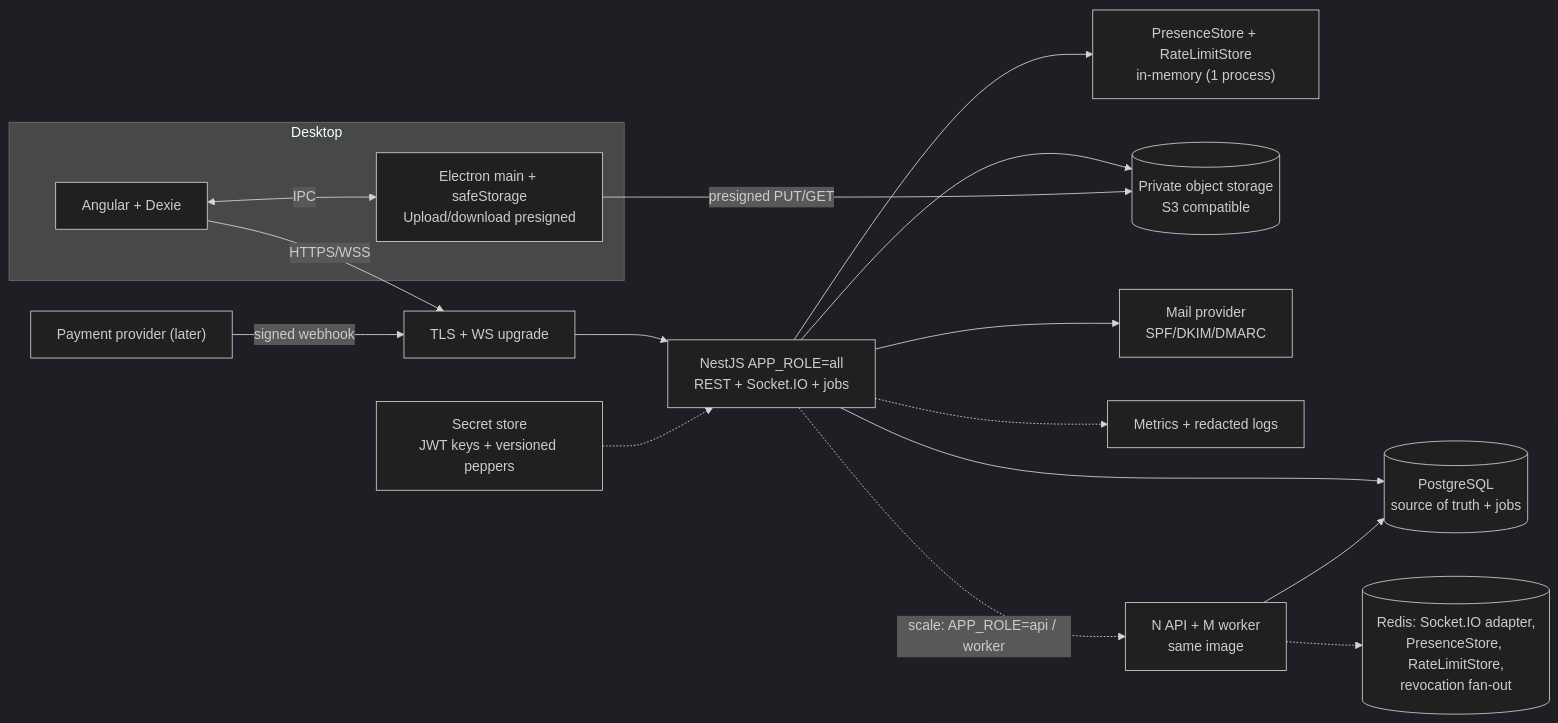
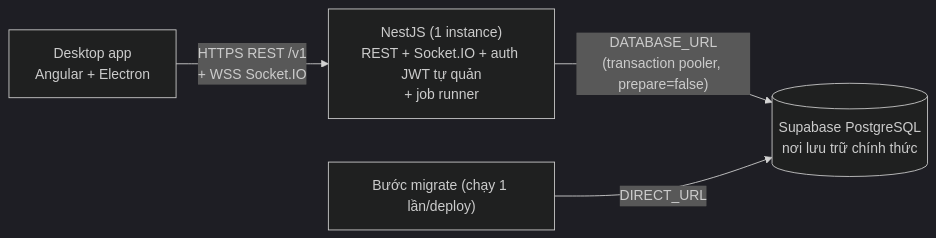
One commit to N6mnguyen/be-chat-box changed the first of 6 diagrams in docs/02-architecture.md. Above: the diagram before and after it, drawn with Mermaid (dark theme). The commit also changed other lines of this file and 2 other files, not shown here.

Commit message:
docs: chốt kiến trúc Frontend -> NestJS (Socket.IO) -> Supabase PostgreSQL
Không Redis/Supabase Realtime/Supabase Auth giai đoạn đầu; cấu hình
DATABASE_URL (transaction pooler, prepare=false) và DIRECT_URL cho migration.

````diff
--- a/docs/02-architecture.md
+++ b/docs/02-architecture.md
@@ -5,20 +7,6 @@
 ```mermaid
 flowchart LR
-  subgraph Desktop["Desktop"]
-    UI["Angular + Dexie"] <-->|IPC| MAIN["Electron main + safeStorage<br/>Upload/download presigned"]
-  end
-  UI -->|HTTPS/WSS| LB["TLS + WS upgrade"]
-  LB --> APP["NestJS APP_ROLE=all<br/>REST + Socket.IO + jobs"]
-  APP --> PG[("PostgreSQL<br/>source of truth + jobs")]
-  APP --> MEM["PresenceStore + RateLimitStore<br/>in-memory (1 process)"]
-  APP --> S3[("Private object storage<br/>S3 compatible")]
-  MAIN -->|presigned PUT/GET| S3
-  APP --> MAIL["Mail provider<br/>SPF/DKIM/DMARC"]
-  PAY["Payment provider (later)"] -->|signed webhook| LB
-  SEC["Secret store<br/>JWT keys + versioned peppers"] -.-> APP
-  APP -.-> OBS["Metrics + redacted logs"]
-
-  APP -.->|"scale: APP_ROLE=api / worker"| SPLIT["N API + M worker<br/>same image"]
-  SPLIT -.-> REDIS[("Redis: Socket.IO adapter,<br/>PresenceStore, RateLimitStore,<br/>revocation fan-out")]
-  SPLIT --> PG
+  FE["Desktop app<br/>Angular + Electron"] -->|"HTTPS REST /v1<br/>+ WSS Socket.IO"| API["NestJS (1 instance)<br/>REST + Socket.IO + auth JWT tự quản<br/>+ job runner"]
+  API -->|"DATABASE_URL<br/>(transaction pooler, prepare=false)"| PG[("Supabase PostgreSQL<br/>nơi lưu trữ chính thức")]
+  MIG["Bước migrate (chạy 1 lần/deploy)"] -->|DIRECT_URL| PG
 ```
````
